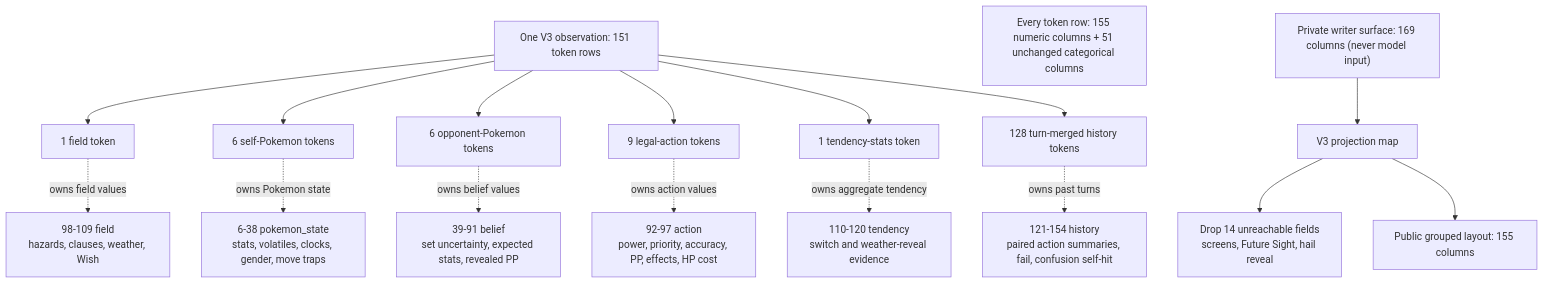
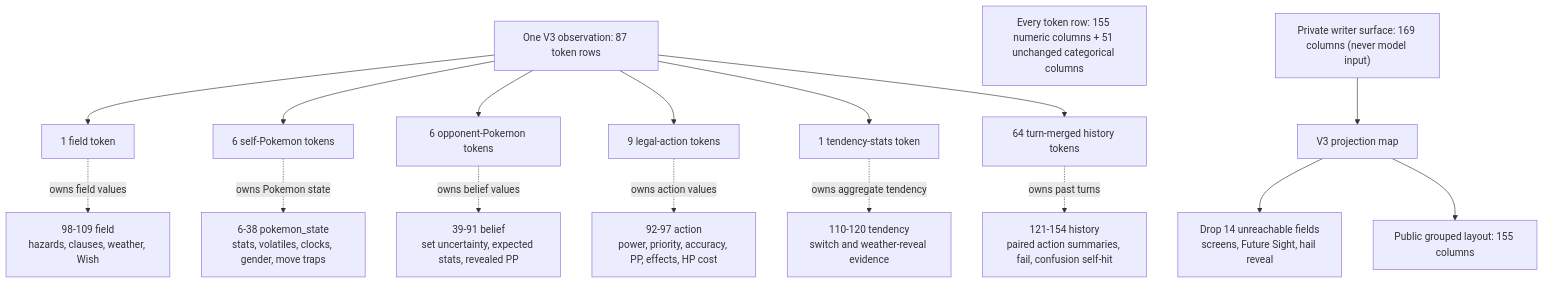
Before and after one commit to sfitzgerald-x1/pokezero: the diagram in docs/observation_v3_spec.md, drawn with Mermaid. The commit also changed other lines of this file and 22 other files, not shown here.

Commit message:
Trim V3 history to 64 tokens

````diff
--- a/docs/observation_v3_spec.md
+++ b/docs/observation_v3_spec.md
@@ -569,22 +569,22 @@
 ```mermaid
 flowchart TB
-    OBS["One V3 observation: 151 token rows"]
+    OBS["One V3 observation: 87 token rows"]
     OBS --> FIELD["1 field token"]
     OBS --> SELF["6 self-Pokemon tokens"]
     OBS --> OPP["6 opponent-Pokemon tokens"]
     OBS --> ACTION["9 legal-action tokens"]
     OBS --> STATS["1 tendency-stats token"]
-    OBS --> HISTORY["128 turn-merged history tokens"]
+    OBS --> HISTORY["64 turn-merged history tokens"]
 
     ROW["Every token row: 155 numeric columns + 51 unchanged categorical columns"]
     FIELD -. owns field values .-> FIELDGROUP["98-109 field\nhazards, clauses, weather, Wish"]
     SELF -. owns Pokemon state .-> POKEGROUP["6-38 pokemon_state\nstats, volatiles, clocks, gender, move traps"]
     OPP -. owns belief values .-> BELIEFGROUP["39-91 belief\nset uncertainty, expected stats, revealed PP"]
     ACTION -. owns action values .-> ACTIONGROUP["92-97 action\npower, priority, accuracy, PP, effects, HP cost"]
     STATS -. owns aggregate tendency .-> TENDENCYGROUP["110-120 tendency\nswitch and weather-reveal evidence"]
     HISTORY -. owns past turns .-> HISTORYGROUP["121-154 history\npaired action summaries, fail, confusion self-hit"]
 
     PRIVATE["Private writer surface: 169 columns (never model input)"] --> PROJECT["V3 projection map"]
     PROJECT --> DROP["Drop 14 unreachable fields\nscreens, Future Sight, hail reveal"]
     PROJECT --> PUBLIC["Public grouped layout: 155 columns"]
 ```
````
